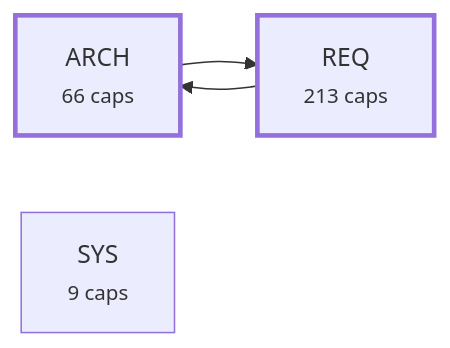
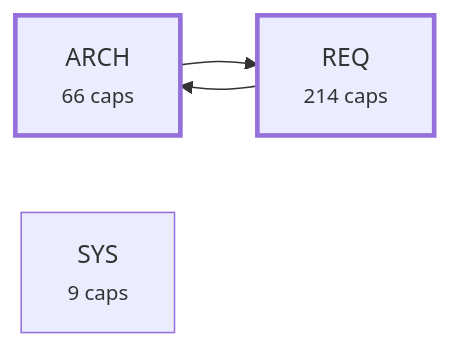
One commit to alxmax/Requirement-manager changed the third of 4 diagrams in plugin/requirements/_map.md. Above: the diagram before and after it, drawn with Mermaid. The commit also changed other lines of this file and 52 other files, not shown here.

````diff
--- a/plugin/requirements/_map.md
+++ b/plugin/requirements/_map.md
@@ -1050,10 +1051,10 @@
 ```mermaid
 graph LR
   a_ARCH["ARCH<br><small>66 caps</small>"]
-  a_REQ["REQ<br><small>213 caps</small>"]
+  a_REQ["REQ<br><small>214 caps</small>"]
   a_SYS["SYS<br><small>9 caps</small>"]
   a_ARCH --> a_REQ
   a_REQ --> a_ARCH
   style a_ARCH stroke-width:3px
   style a_REQ stroke-width:3px
 ```
````
